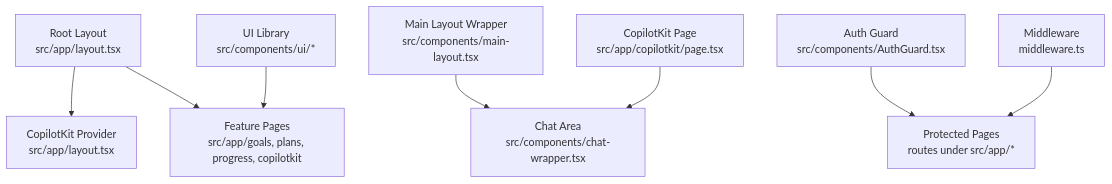
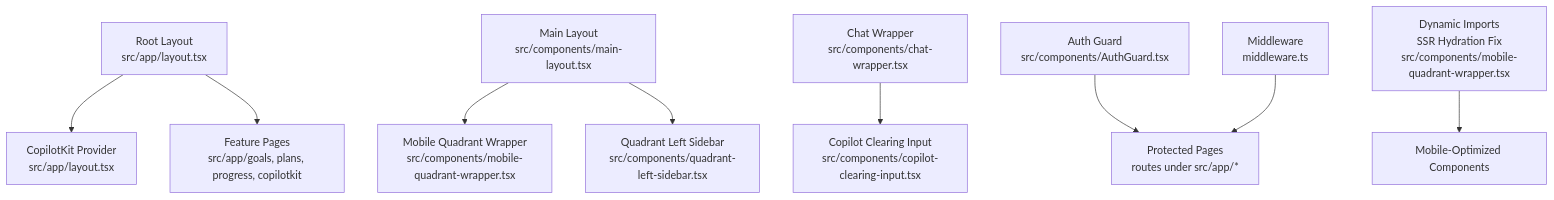
One commit to peixuanhu/goal-mate changed the first of 12 diagrams in .qoder/repowiki/en/content/Frontend Architecture/Frontend Architecture.md. Above: the diagram before and after it, drawn with Mermaid. The commit also changed other lines of this file and 14 other files, not shown here.

First line of the commit message:
feat(layout): enhance main layout with mobile drawer and responsive quadrants

````diff
--- a/.qoder/repowiki/en/content/Frontend Architecture/Frontend Architecture.md
+++ b/.qoder/repowiki/en/content/Frontend Architecture/Frontend Architecture.md
@@ -45,10 +67,11 @@
 ```mermaid
 graph TB
 A["Root Layout<br/>src/app/layout.tsx"] --> B["CopilotKit Provider<br/>src/app/layout.tsx"]
 A --> C["Feature Pages<br/>src/app/goals, plans, progress, copilotkit"]
-D["Main Layout Wrapper<br/>src/components/main-layout.tsx"] --> E["Chat Area<br/>src/components/chat-wrapper.tsx"]
-F["Auth Guard<br/>src/components/AuthGuard.tsx"] --> G["Protected Pages<br/>routes under src/app/*"]
-H["Middleware<br/>middleware.ts"] --> G
-I["UI Library<br/>src/components/ui/*"] --> C
-J["CopilotKit Page<br/>src/app/copilotkit/page.tsx"] --> E
+D["Main Layout<br/>src/components/main-layout.tsx"] --> E["Mobile Quadrant Wrapper<br/>src/components/mobile-quadrant-wrapper.tsx"]
+D --> F["Quadrant Left Sidebar<br/>src/components/quadrant-left-sidebar.tsx"]
+G["Chat Wrapper<br/>src/components/chat-wrapper.tsx"] --> H["Copilot Clearing Input<br/>src/components/copilot-clearing-input.tsx"]
+I["Auth Guard<br/>src/components/AuthGuard.tsx"] --> J["Protected Pages<br/>routes under src/app/*"]
+K["Middleware<br/>middleware.ts"] --> J
+L["Dynamic Imports<br/>SSR Hydration Fix<br/>src/components/mobile-quadrant-wrapper.tsx"] --> M["Mobile-Optimized Components"]
 ```
````
